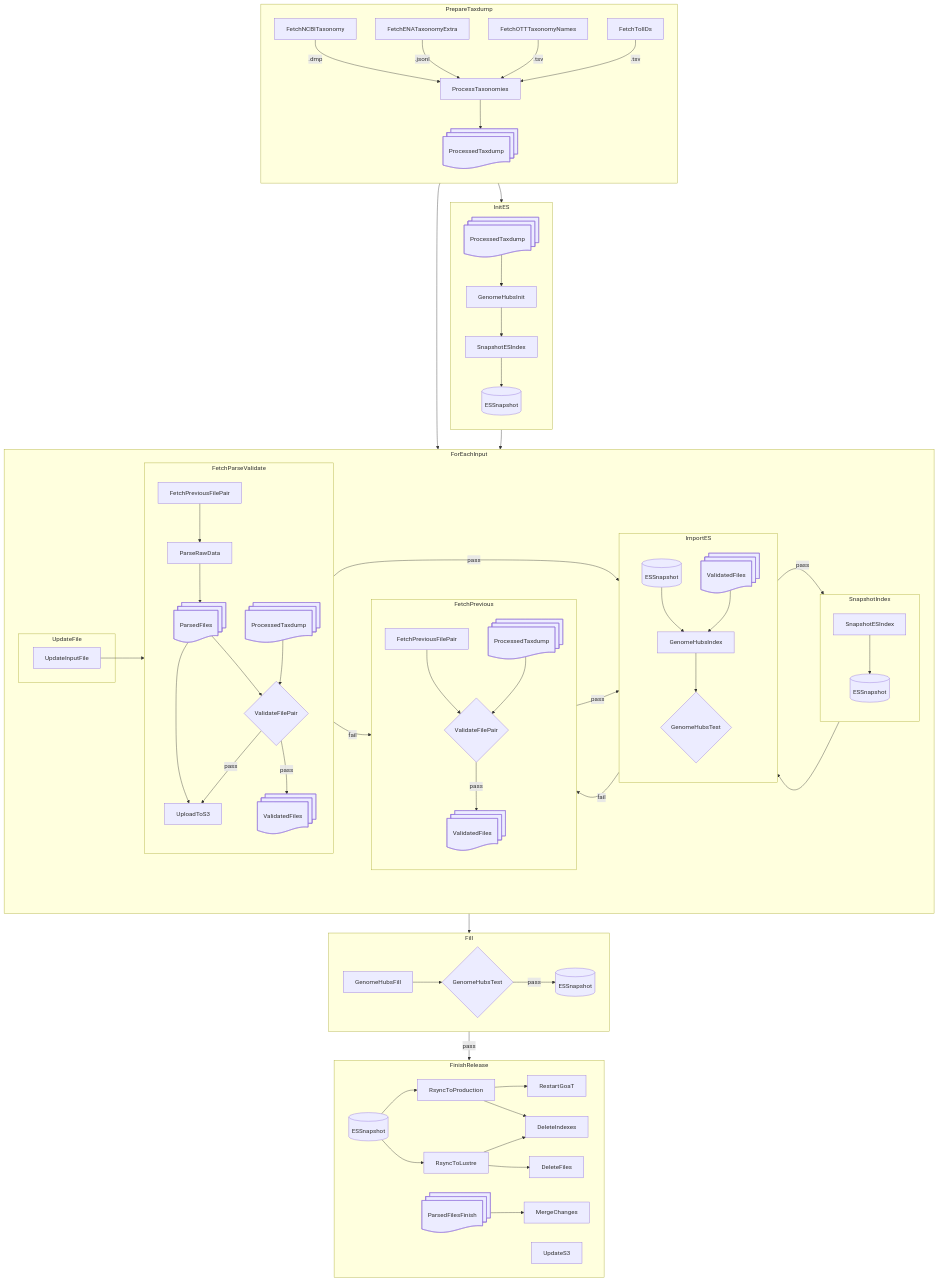
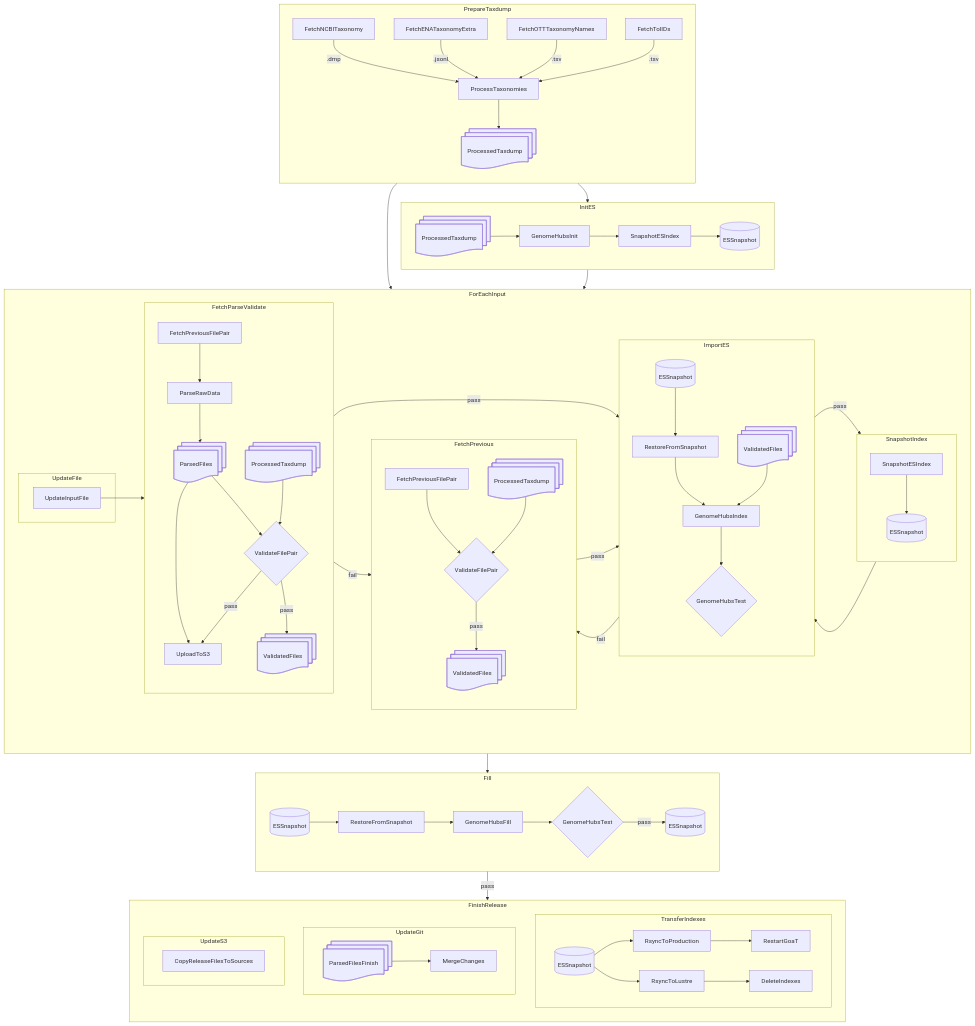
The diagram in flows/docs/overview.md (genomehubs/goat-data), drawn with Mermaid before and after one commit.

Commit message:
refactor: update flow diagram for clarity and structure

```diff
--- a/flows/docs/overview.md
+++ b/flows/docs/overview.md
@@ -15,7 +15,7 @@
 PrepareTaxdump --> ForEachInput
 
 subgraph InitES
-  direction TB
+  direction LR
   ProcessedTaxdumpInit@{shape: docs, label: "ProcessedTaxdump"} --> GenomeHubsInit
   GenomeHubsInit --> SnapshotESIndex
   SnapshotESIndex --> ESSnapshotInit@{shape: db, label: "ESSnapshot"}
@@ -44,44 +44,44 @@
   end
 
   subgraph SnapshotIndex
-  SnapshotESIndexIndex[SnapshotESIndex]
-  SnapshotESIndexIndex --> ESSnapshotIndex@{shape: db, label: "ESSnapshot"}
-end
+    SnapshotESIndexIndex[SnapshotESIndex]
+    SnapshotESIndexIndex --> ESSnapshotIndex@{shape: db, label: "ESSnapshot"}
+  end
 
-FetchParseValidate -->|pass| ImportES
-FetchParseValidate -->|fail| FetchPrevious
+  FetchParseValidate -->|pass| ImportES
+  FetchParseValidate -->|fail| FetchPrevious
 
-subgraph ImportES
-  direction TB
-  ESSnapshot@{shape: db} --> GenomeHubsIndex
-  ValidatedFilesImport@{shape: docs, label: "ValidatedFiles"} --> GenomeHubsIndex
-  GenomeHubsIndex --> GenomeHubsTestImport{GenomeHubsTest}
-  GenomeHubsTestImport
-end
+  subgraph ImportES
+    direction TB
+    ESSnapshot@{shape: db} --> RestoreFromSnapshot
+    RestoreFromSnapshot --> GenomeHubsIndex
+    ValidatedFilesImport@{shape: docs, label: "ValidatedFiles"} --> GenomeHubsIndex
+    GenomeHubsIndex --> GenomeHubsTestImport{GenomeHubsTest}
+    GenomeHubsTestImport
+  end
 
-ImportES -->|pass| SnapshotIndex
-SnapshotIndex --> ImportES
-ImportES -->|fail| FetchPrevious
+  ImportES -->|pass| SnapshotIndex
+  SnapshotIndex --> ImportES
+  ImportES -->|fail| FetchPrevious
 
 
-subgraph FetchPrevious
-  direction TB
-  FetchPreviousFilePair2[FetchPreviousFilePair] --> ValidateFilePair2{ValidateFilePair}
-  ProcessedTaxdumpFP@{shape: docs, label: "ProcessedTaxdump"} --> ValidateFilePair2
-  ValidateFilePair2 -->|pass| ValidatedFiles2@{shape: docs, label: "ValidatedFiles"}
-  ValidatedFiles2
-end
+  subgraph FetchPrevious
+    direction TB
+    FetchPreviousFilePair2[FetchPreviousFilePair] --> ValidateFilePair2{ValidateFilePair}
+    ProcessedTaxdumpFP@{shape: docs, label: "ProcessedTaxdump"} --> ValidateFilePair2
+    ValidateFilePair2 -->|pass| ValidatedFiles2@{shape: docs, label: "ValidatedFiles"}
+    ValidatedFiles2
+  end
 
-FetchPrevious -->|pass| ImportES
+  FetchPrevious -->|pass| ImportES
 
 end
 
-
 InitES --> ForEachInput
 
-
-
 subgraph Fill
+  ESSnapshotFillIncoming@{shape: db, label: "ESSnapshot"} --> RestoreFromSnapshotFill[RestoreFromSnapshot]
+  RestoreFromSnapshotFill --> GenomeHubsFill
   GenomeHubsFill --> GenomeHubsTestFill{GenomeHubsTest}
   GenomeHubsTestFill -->|pass| ESSnapshotFill@{shape: db, label: "ESSnapshot"}
 end
@@ -89,15 +89,24 @@
 ForEachInput --> Fill
 
 subgraph FinishRelease
-  ESSnapshotProd@{shape: db, label: "ESSnapshot"} --> RsyncToProduction
-  RsyncToProduction --> RestartGoaT
-  ESSnapshotProd --> RsyncToLustre
-  ParsedFilesFinish@{shape: docs} -->
-  MergeChanges
-  UpdateS3
-  RsyncToProduction --> DeleteIndexes
-  RsyncToLustre --> DeleteIndexes
-  RsyncToLustre --> DeleteFiles
+  direction TB
+  subgraph TransferIndexes
+    ESSnapshotProd@{shape: db, label: "ESSnapshot"} --> RsyncToProduction
+    RsyncToProduction --> RestartGoaT
+    ESSnapshotProd --> RsyncToLustre
+    RsyncToLustre --> DeleteIndexes
+  end
+
+  subgraph UpdateGit
+    ParsedFilesFinish@{shape: docs} -->
+    MergeChanges
+  end
+
+  subgraph UpdateS3
+    CopyReleaseFilesToSources
+  end
+
+  
 end
 
 Fill -->|pass| FinishRelease
```
